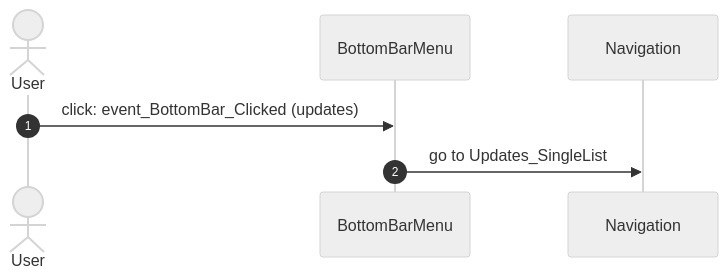
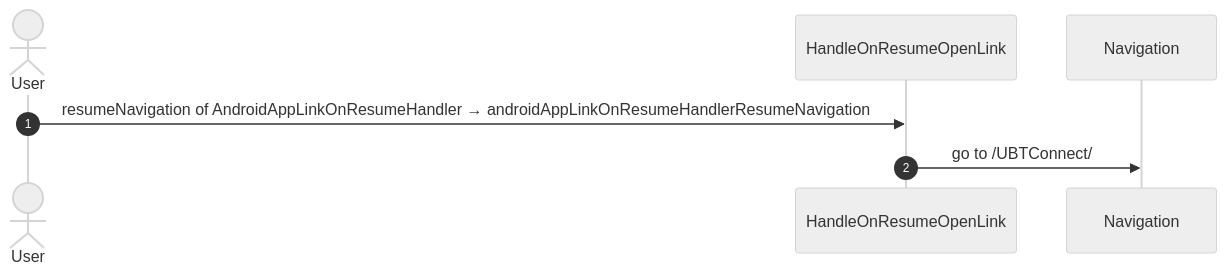
One commit to Phoenix-DX/connect-new-ui changed the fifth of 13 diagrams in migration/route-actions/APP_SHELL.md. Above: the diagram before and after it, drawn with Mermaid (neutral theme). The commit also changed other lines of this file and 9 other files, not shown here.

Commit message:
route actions: facts only; user actions as two independent lists (OutSystems view bindings, React JSX bindings) with Mermaid sequences; factual call columns (direct caller, chains, React references); app shell by definition (survey shell, main.tsx code); constants read for React paths

````diff
--- a/migration/route-actions/APP_SHELL.md
+++ b/migration/route-actions/APP_SHELL.md
@@ -214,9 +163,9 @@
 ```mermaid
 sequenceDiagram
   autonumber
   actor U as User
-  participant B as BottomBarMenu
+  participant B as HandleOnResumeOpenLink
   participant N as Navigation
-  U->>B: click: event_BottomBar_Clicked (updates)
-  B->>N: go to Updates_SingleList
+  U->>B: resumeNavigation of AndroidAppLinkOnResumeHandler → androidAppLinkOnResumeHandlerResumeNavigation
+  B->>N: go to /UBTConnect/
 ```
````
